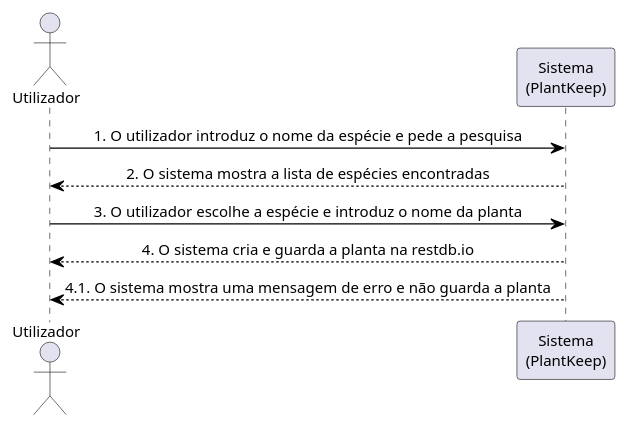
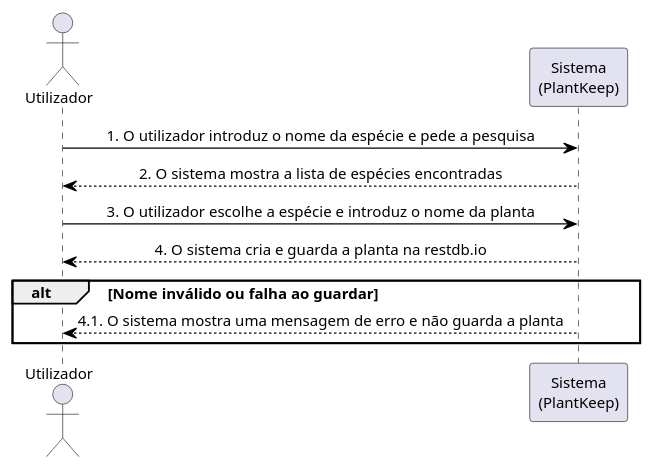
The diagram in .docs/diagramas/SSDs/uc01.puml (compaqle/DSSMV_ProjectDroid_1251486_1251506), drawn with PlantUML before and after one commit. The commit also changed 9 other files, not shown here.

```diff
--- a/.docs/diagramas/SSDs/uc01.puml
+++ b/.docs/diagramas/SSDs/uc01.puml
@@ -1,13 +1,15 @@
 @startuml
 skinparam defaultFontSize 12
 skinparam sequenceMessageAlign center
 skinparam ArrowColor #000000
 skinparam sequenceArrowColor #000000
 actor "Utilizador" as u
 participant "Sistema\n(PlantKeep)" as s
 u -> s : 1. O utilizador introduz o nome da espécie e pede a pesquisa
 s --> u : 2. O sistema mostra a lista de espécies encontradas
 u -> s : 3. O utilizador escolhe a espécie e introduz o nome da planta
 s --> u : 4. O sistema cria e guarda a planta na restdb.io
-s --> u : 4.1. O sistema mostra uma mensagem de erro e não guarda a planta
+alt Nome inválido ou falha ao guardar
+    s --> u : 4.1. O sistema mostra uma mensagem de erro e não guarda a planta
+end
 @enduml
```
